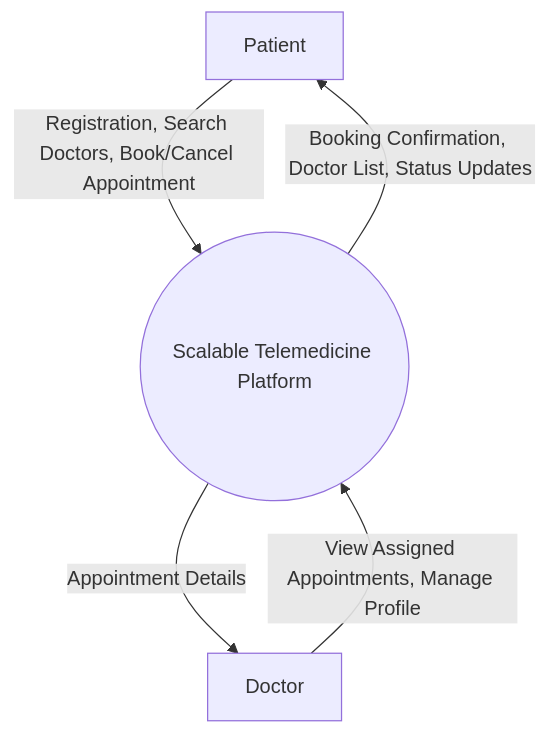
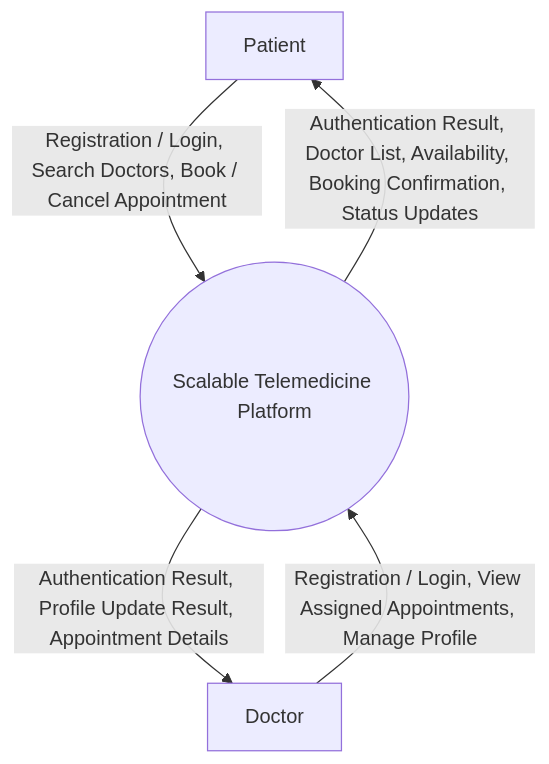
The first of 6 diagrams in DATA_FLOW_DIAGRAMS.md (feloaref/scalable-telemedicine-platform), drawn with Mermaid before and after one commit. The commit also changed other lines of this file, not shown here.

First line of the commit message:
DATA_FLOW_DIAGRAMS.md

````diff
--- a/DATA_FLOW_DIAGRAMS.md
+++ b/DATA_FLOW_DIAGRAMS.md
@@ -7,7 +8,7 @@
 ```mermaid
 graph TD
-    Patient["Patient"] -->|"Registration, Search Doctors, Book/Cancel Appointment"| System(("Scalable Telemedicine Platform"))
-    Doctor["Doctor"] -->|"View Assigned Appointments, Manage Profile"| System
-    System -->|"Booking Confirmation, Doctor List, Status Updates"| Patient
-    System -->|"Appointment Details"| Doctor
+    Patient["Patient"] -->|"Registration / Login, Search Doctors, Book / Cancel Appointment"| System(("Scalable Telemedicine Platform"))
+    Doctor["Doctor"] -->|"Registration / Login, View Assigned Appointments, Manage Profile"| System
+    System -->|"Authentication Result, Doctor List, Availability, Booking Confirmation, Status Updates"| Patient
+    System -->|"Authentication Result, Profile Update Result, Appointment Details"| Doctor
 ```
````
